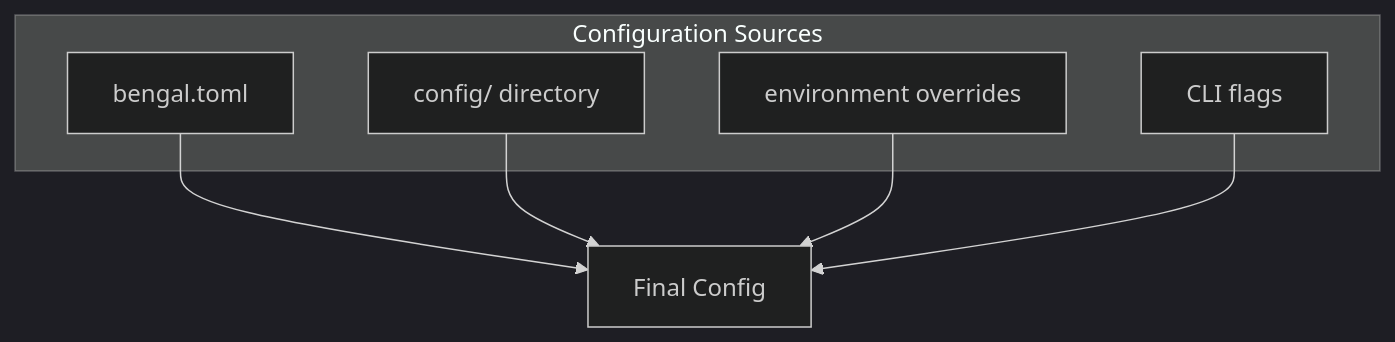
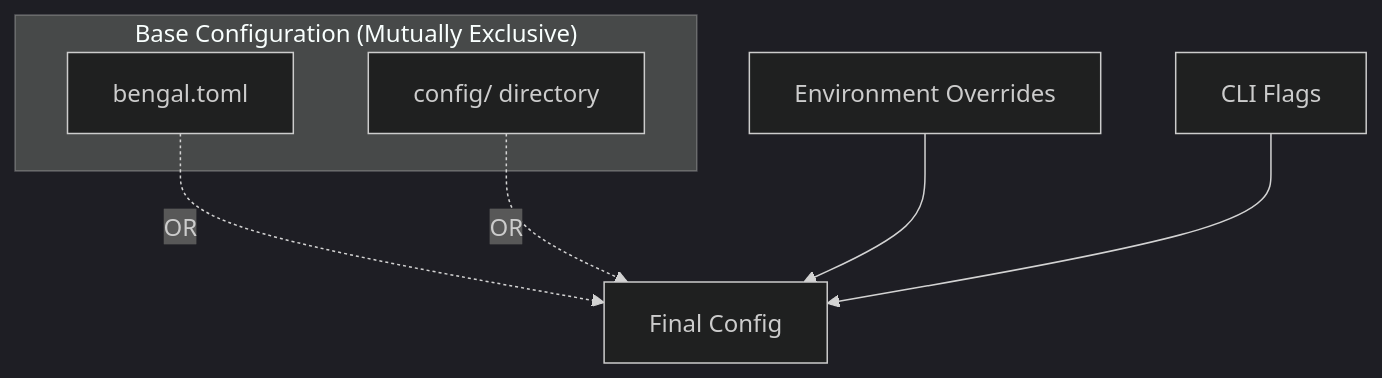
The diagram in site/content/docs/building/configuration/_index.md (lbliii/bengal), drawn with Mermaid (dark theme) before and after one commit. The commit also changed other lines of this file and 1 other file, not shown here.

Commit message:
docs(site): correct config precedence logic and remove outdated i18n limitation

````diff
--- a/site/content/docs/building/configuration/_index.md
+++ b/site/content/docs/building/configuration/_index.md
@@ -16,16 +16,16 @@
 ```mermaid
 flowchart TB
-    subgraph "Configuration Sources"
+    subgraph "Base Configuration (Mutually Exclusive)"
         A[bengal.toml]
         B[config/ directory]
-        C[environment overrides]
-        D[CLI flags]
     end
 
+    C[Environment Overrides]
+    D[CLI Flags]
     E[Final Config]
 
-    A --> E
-    B --> E
+    A -.->|OR| E
+    B -.->|OR| E
     C --> E
     D --> E
 ```
````
